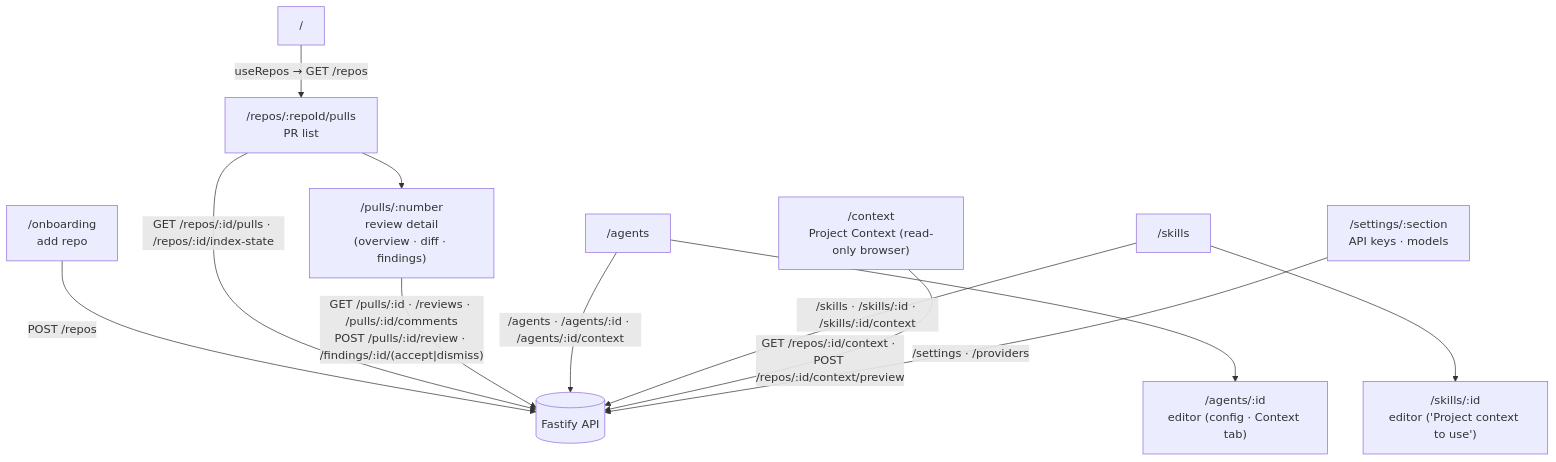
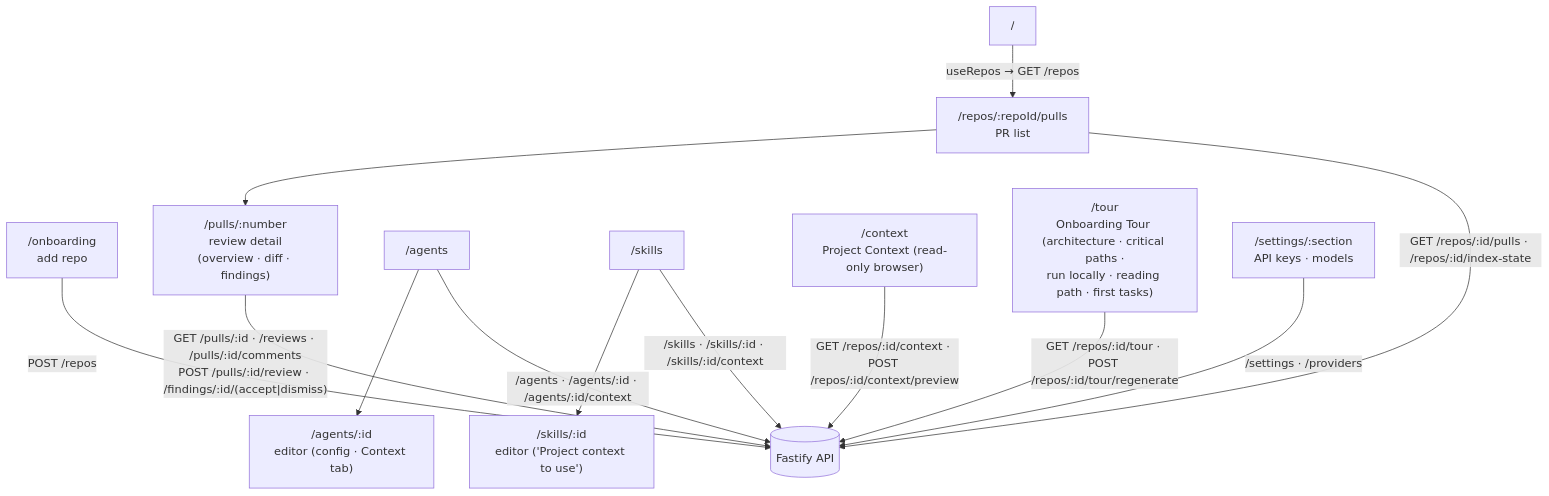
The diagram in client/README.md (agent-marat-khasanov/dev-digest), drawn with Mermaid before and after one commit. The commit also changed 6 other files, not shown here.

````diff
--- a/client/README.md
+++ b/client/README.md
@@ -24,18 +24,20 @@
 ```mermaid
 flowchart TD
   ROOT["/"] -->|"useRepos → GET /repos"| PULLS["/repos/:repoId/pulls<br/>PR list"]
   ONB["/onboarding<br/>add repo"] -->|"POST /repos"| API[("Fastify API")]
   PULLS --> PR["/pulls/:number<br/>review detail<br/>(overview · diff · findings)"]
 
   AGENTS["/agents"] --> AGENT["/agents/:id<br/>editor (config · Context tab)"]
   SKILLS["/skills"] --> SKILL["/skills/:id<br/>editor ('Project context to use')"]
   CONTEXT["/context<br/>Project Context (read-only browser)"]
+  TOUR["/tour<br/>Onboarding Tour (architecture · critical paths ·<br/>run locally · reading path · first tasks)"]
   SETTINGS["/settings/:section<br/>API keys · models"]
 
   PULLS -->|"GET /repos/:id/pulls · /repos/:id/index-state"| API
   PR -->|"GET /pulls/:id · /reviews · /pulls/:id/comments<br/>POST /pulls/:id/review · /findings/:id/(accept|dismiss)"| API
   AGENTS -->|"/agents · /agents/:id · /agents/:id/context"| API
   SKILLS -->|"/skills · /skills/:id · /skills/:id/context"| API
   CONTEXT -->|"GET /repos/:id/context · POST /repos/:id/context/preview"| API
+  TOUR -->|"GET /repos/:id/tour · POST /repos/:id/tour/regenerate"| API
   SETTINGS -->|"/settings · /providers"| API
 ```
````
